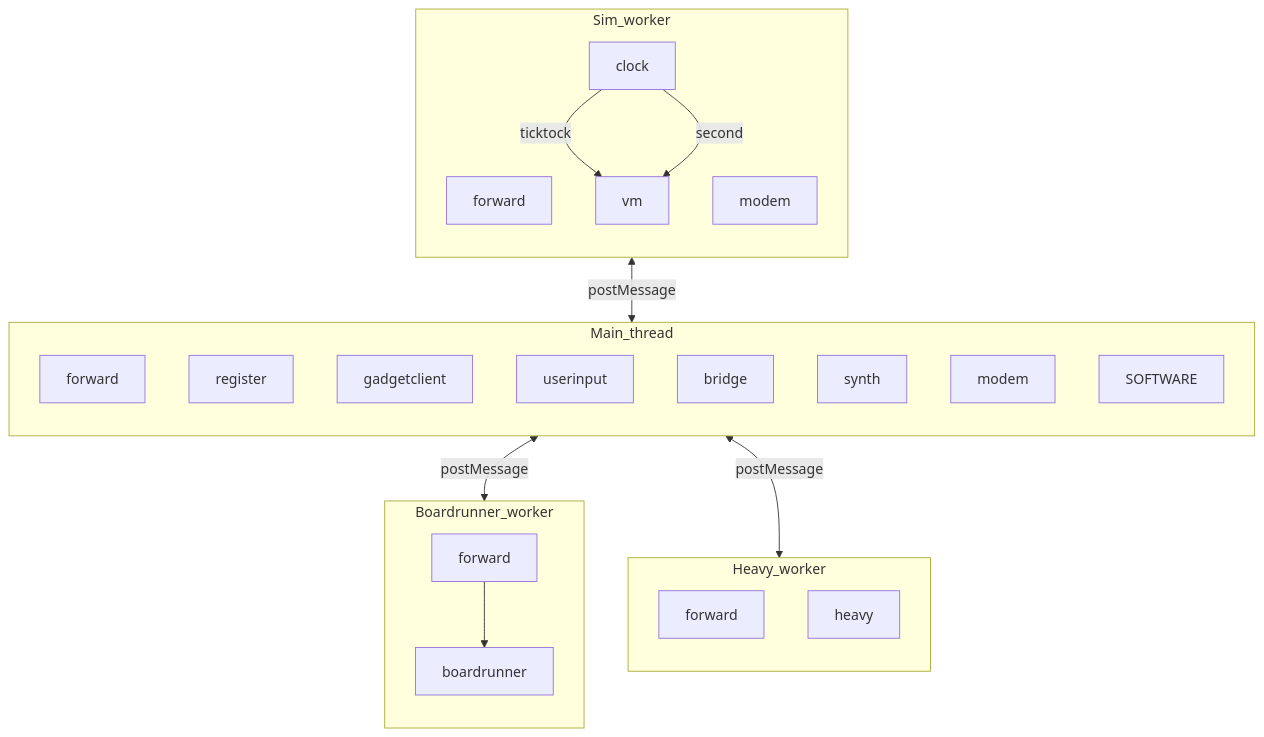
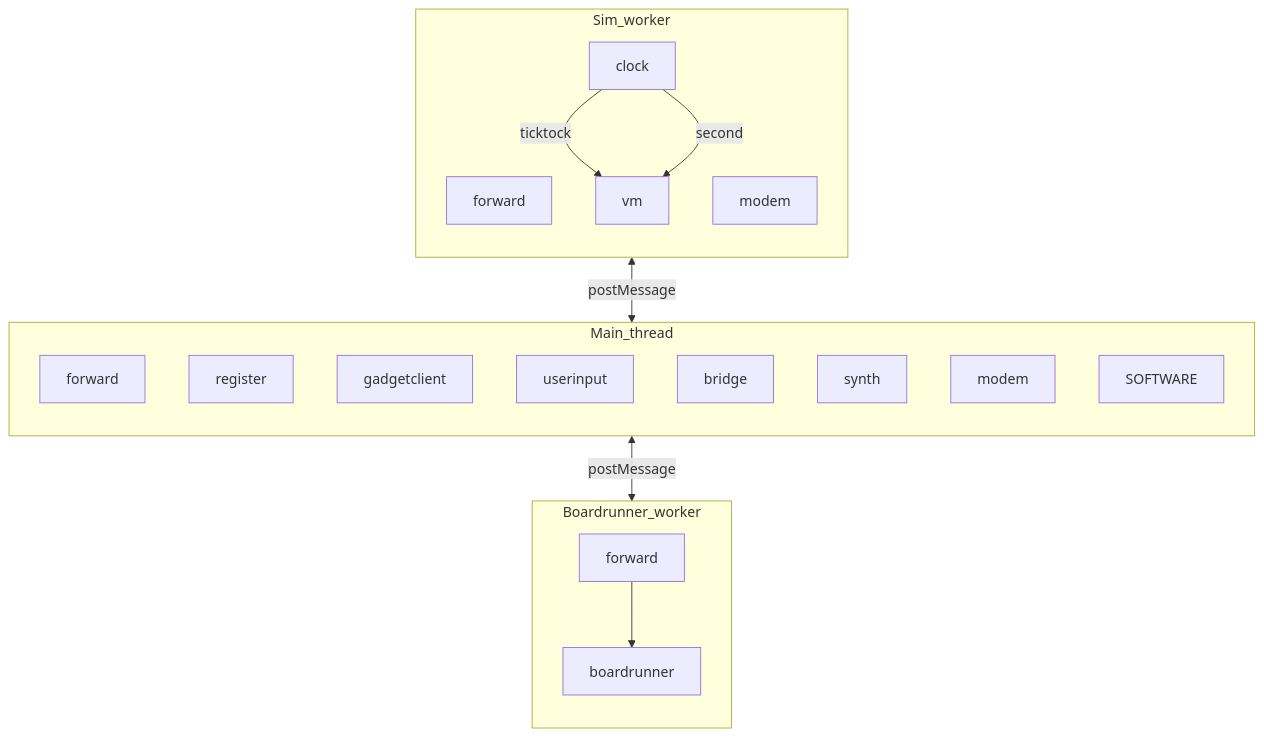
The second of 7 diagrams in zss/device/docs/devices-and-messaging.md (goldbuick/zed-software-system), drawn with Mermaid before and after one commit. The commit also changed other lines of this file and 219 other files, not shown here.

````diff
--- a/zss/device/docs/devices-and-messaging.md
+++ b/zss/device/docs/devices-and-messaging.md
@@ -133,37 +125,31 @@
 ```mermaid
 flowchart TB
   subgraph Sim_worker [Sim_worker]
     direction TB
     Fw[forward]
     Cl[clock]
     VM[vm]
     MdW[modem]
     Cl -->|ticktock| VM
     Cl -->|second| VM
   end
   subgraph Main_thread [Main_thread]
     direction TB
     Fm[forward]
     Reg[register]
     GC[gadgetclient]
     UI[userinput]
     Brm[bridge]
     Sy[synth]
     MdM[modem]
     SW[SOFTWARE]
   end
-  subgraph Heavy_worker [Heavy_worker]
-    direction TB
-    Fh[forward]
-    Hy[heavy]
-  end
   subgraph Boardrunner_worker [Boardrunner_worker]
     direction TB
     Fb[forward]
     Brd[boardrunner]
   end
   Fw <-->|postMessage| Fm
-  Fm <-->|postMessage| Fh
   Fm <-->|postMessage| Fb
   Fb --> Brd
 ```
````
